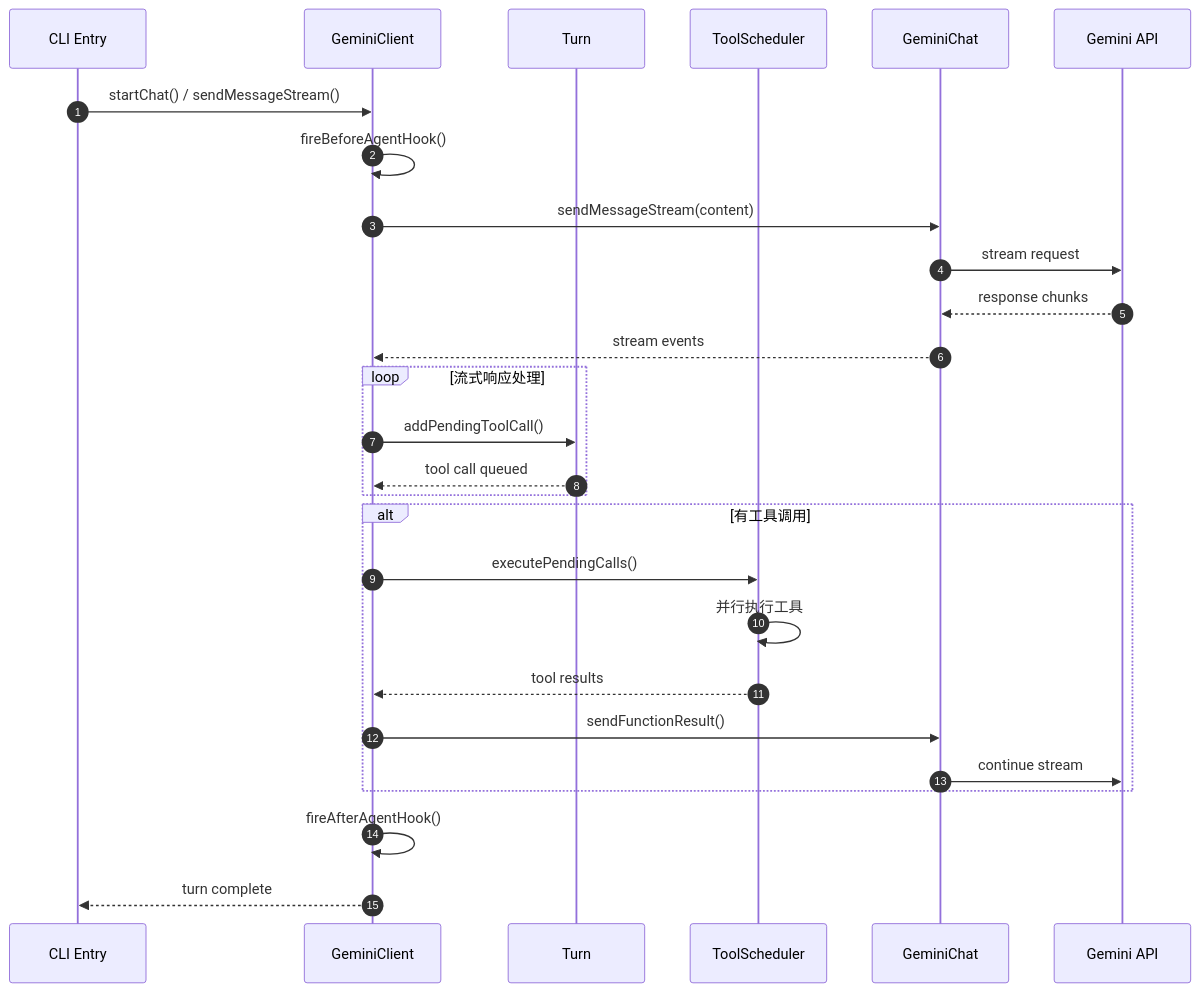
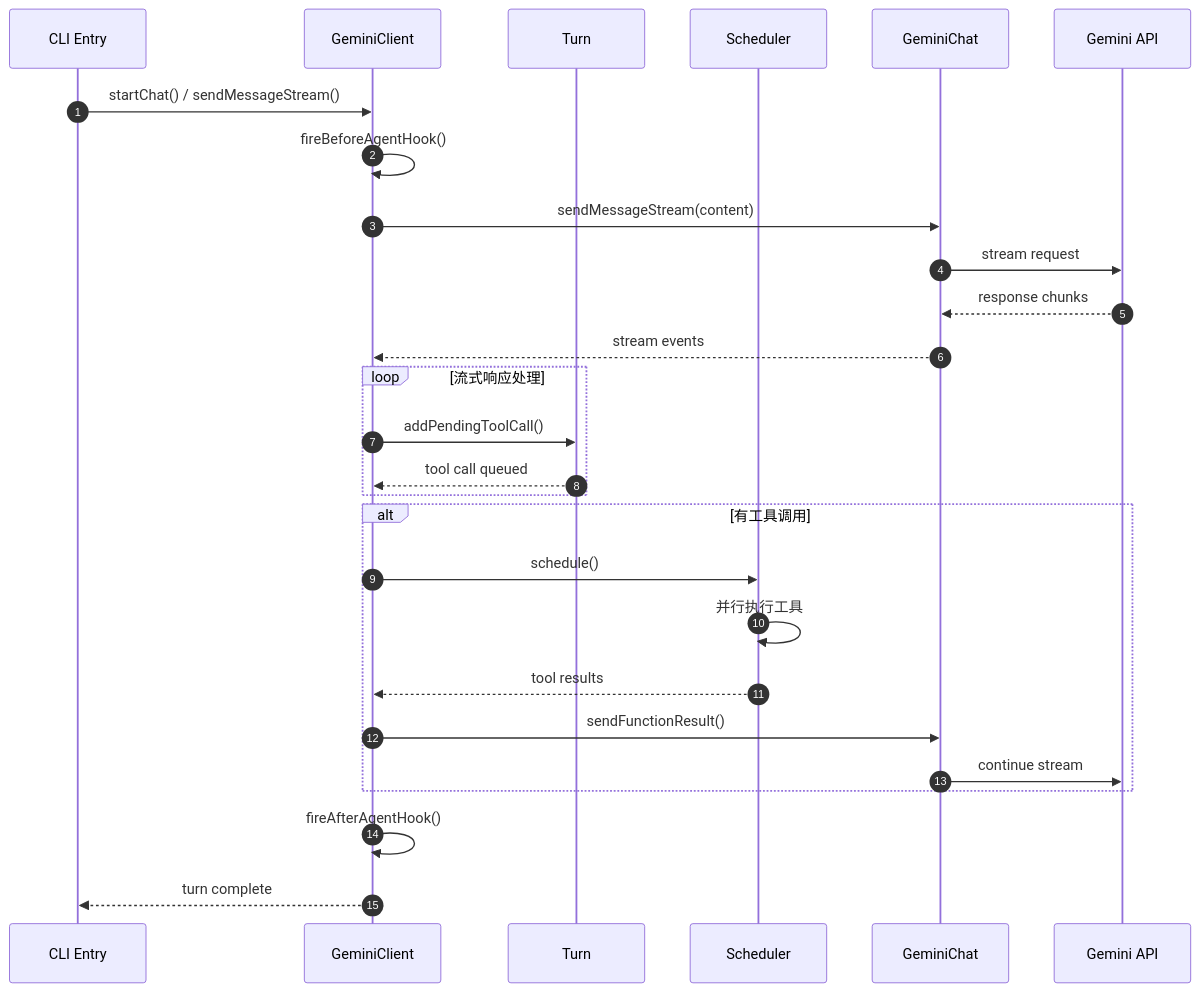
Before and after one commit to giraffe-tree/agent-base: the first of 3 diagrams in docs/gemini-cli/01-gemini-cli-overview.md, drawn with Mermaid. The commit also changed other lines of this file and 7 other files, not shown here.

````diff
--- a/docs/gemini-cli/01-gemini-cli-overview.md
+++ b/docs/gemini-cli/01-gemini-cli-overview.md
@@ -137,33 +141,33 @@
 ```mermaid
 sequenceDiagram
     autonumber
     participant CLI as CLI Entry
     participant Client as GeminiClient
     participant Turn as Turn
-    participant Scheduler as ToolScheduler
+    participant Scheduler as Scheduler
     participant Chat as GeminiChat
     participant Model as Gemini API
 
     CLI->>Client: startChat() / sendMessageStream()
     Client->>Client: fireBeforeAgentHook()
     Client->>Chat: sendMessageStream(content)
     Chat->>Model: stream request
     Model-->>Chat: response chunks
     Chat-->>Client: stream events
 
     loop 流式响应处理
         Client->>Turn: addPendingToolCall()
         Turn-->>Client: tool call queued
     end
 
     alt 有工具调用
-        Client->>Scheduler: executePendingCalls()
+        Client->>Scheduler: schedule()
         Scheduler->>Scheduler: 并行执行工具
         Scheduler-->>Client: tool results
         Client->>Chat: sendFunctionResult()
         Chat->>Model: continue stream
     end
 
     Client->>Client: fireAfterAgentHook()
     Client-->>CLI: turn complete
 ```
````
